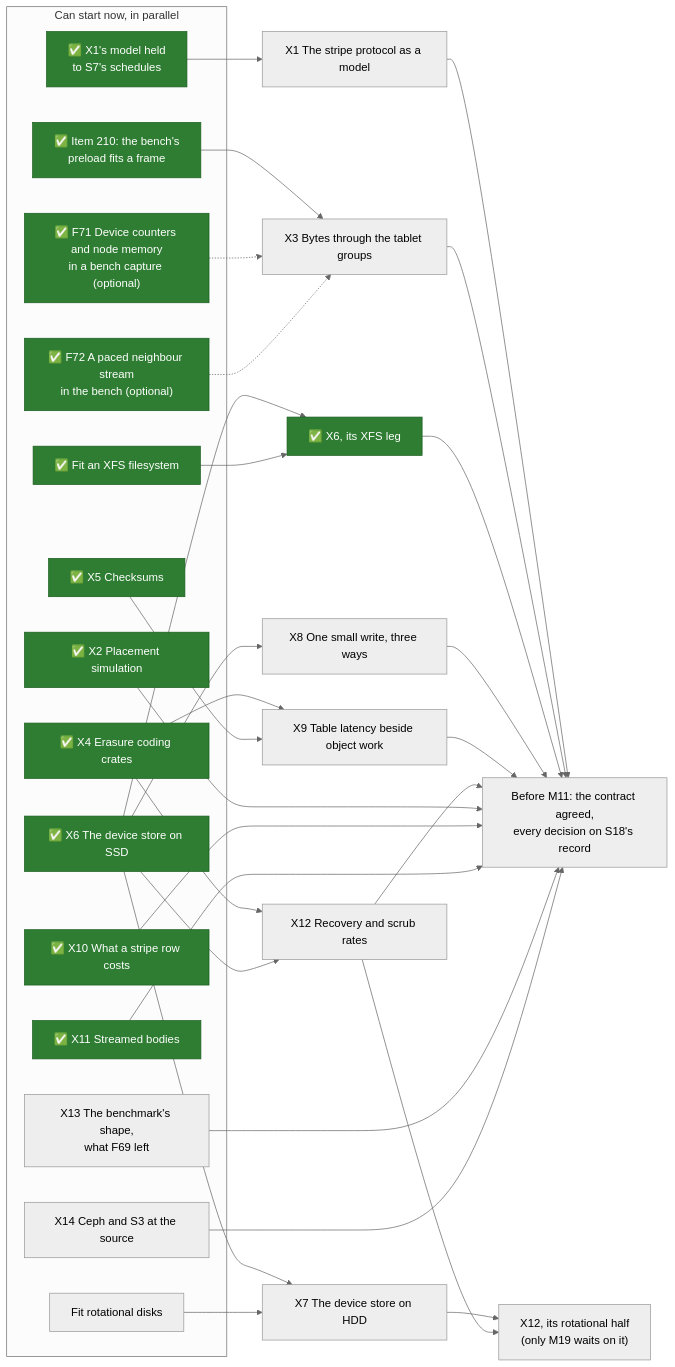
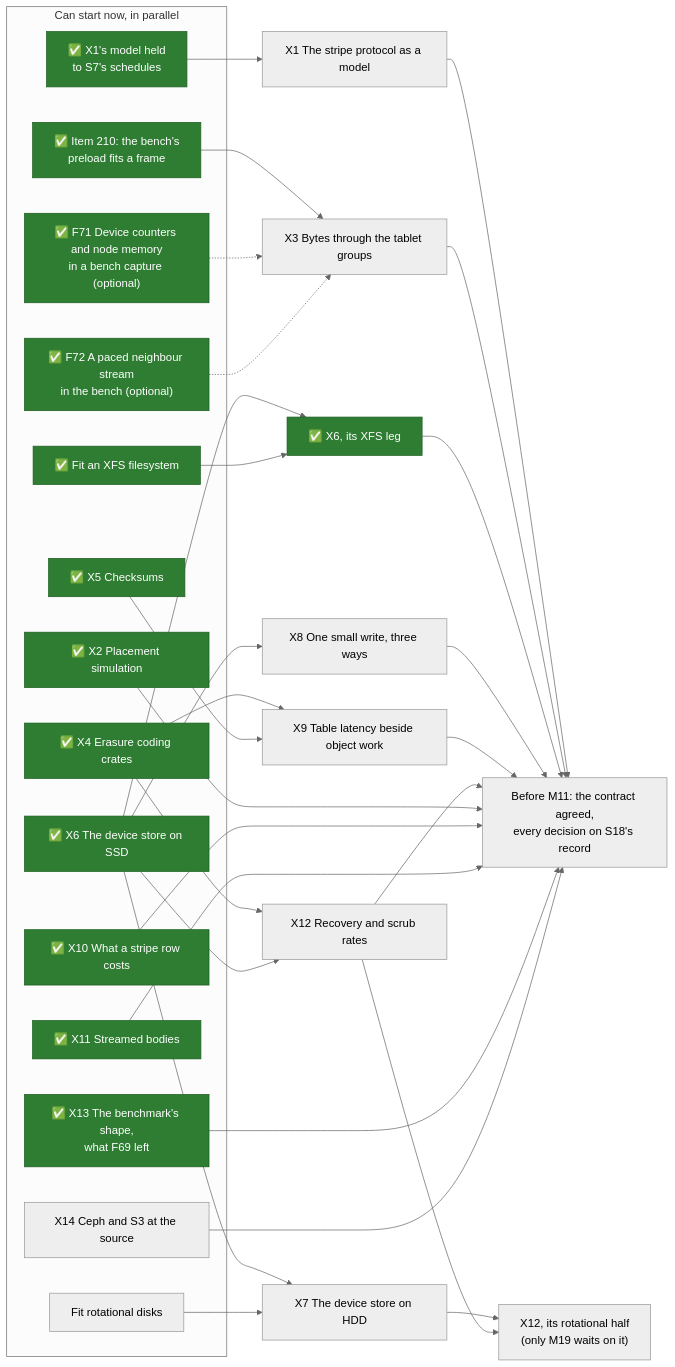
One commit to mjcarson/shoal changed the first of 2 diagrams in docs/src/object-storage/whats-left-todo.md. Above: the diagram before and after it, drawn with Mermaid (neutral theme). The commit also changed other lines of this file and 77 other files, not shown here.

````diff
--- a/docs/src/object-storage/whats-left-todo.md
+++ b/docs/src/object-storage/whats-left-todo.md
@@ -27,56 +28,56 @@
 ```mermaid
 flowchart LR
     classDef done fill:#2e7d32,stroke:#1b5e20,color:#ffffff
     classDef optional stroke-dasharray: 5 5
     subgraph now["Can start now, in parallel"]
         R1["✅ X1's model held<br>to S7's schedules"]:::done
         R2["✅ Item 210: the bench's<br>preload fits a frame"]:::done
         XFS["✅ Fit an XFS filesystem"]:::done
         Disks["Fit rotational disks"]
         X2["✅ X2 Placement simulation"]:::done
         X4["✅ X4 Erasure coding crates"]:::done
         X5["✅ X5 Checksums"]:::done
         X6["✅ X6 The device store on SSD"]:::done
         X10["✅ X10 What a stripe row costs"]:::done
         X11["✅ X11 Streamed bodies"]:::done
-        X13["X13 The benchmark's shape,<br>what F69 left"]
+        X13["✅ X13 The benchmark's shape,<br>what F69 left"]:::done
         X14["X14 Ceph and S3 at the source"]
         Counters["✅ F71 Device counters and node memory<br>in a bench capture (optional)"]:::done
         Neighbour["✅ F72 A paced neighbour stream<br>in the bench (optional)"]:::done
     end
     X1["X1 The stripe protocol as a model"]
     X3["X3 Bytes through the tablet groups"]
     X6x["✅ X6, its XFS leg"]:::done
     X7["X7 The device store on HDD"]
     X8["X8 One small write, three ways"]
     X9["X9 Table latency beside object work"]
     X12["X12 Recovery and scrub rates"]
     X12r["X12, its rotational half<br>(only M19 waits on it)"]
     Gate["Before M11: the contract agreed,<br>every decision on S18's record"]
     R1 --> X1
     R2 --> X3
     X6 --> X6x
     XFS --> X6x
     X6 --> X7
     Disks --> X7
     X6 --> X8
     X4 --> X9
     X5 --> X9
     X4 --> X12
     X6 --> X12
     X7 --> X12r
     X12 --> X12r
     Counters -.-> X3
     Neighbour -.-> X3
     X1 --> Gate
     X3 --> Gate
     X6x --> Gate
     X8 --> Gate
     X9 --> Gate
     X12 --> Gate
     X2 ---> Gate
     X10 ---> Gate
     X11 ---> Gate
     X13 ---> Gate
     X14 ---> Gate
 ```
````
